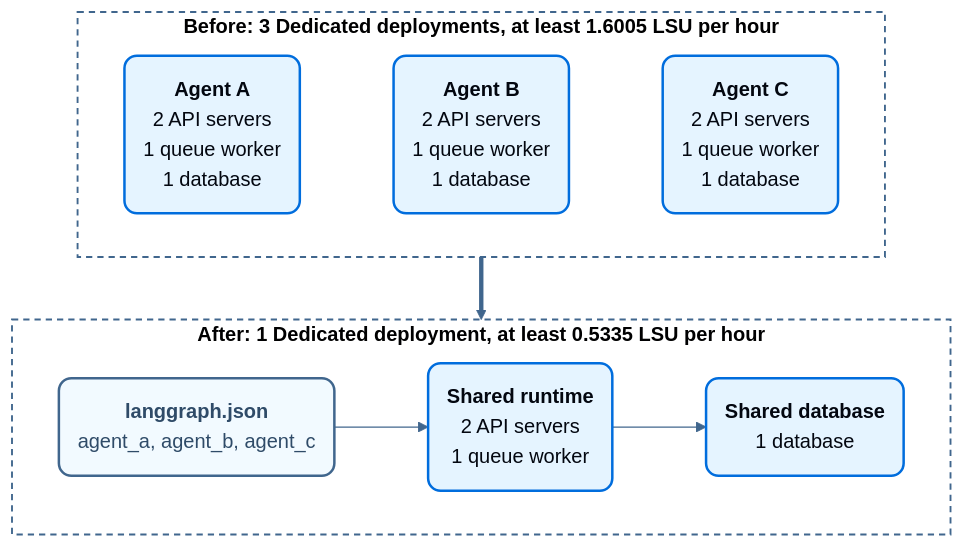
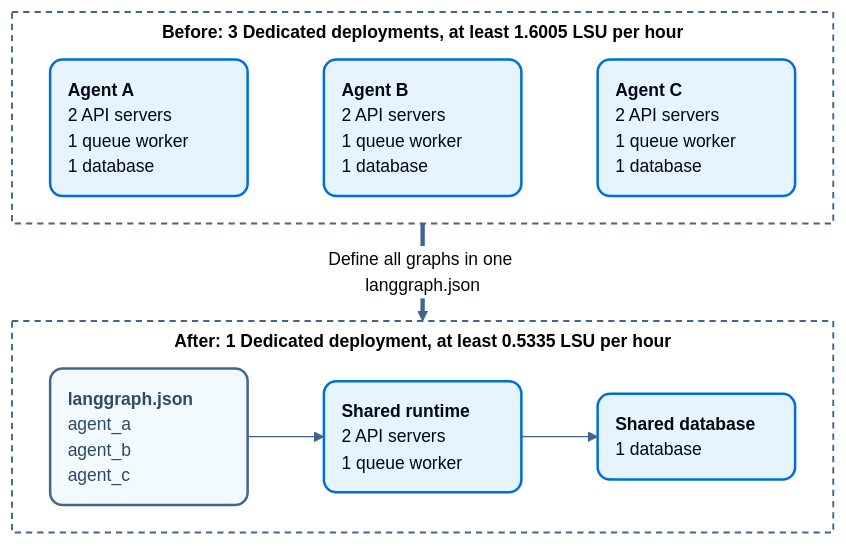
One commit to langchain-ai/docs changed the second of 2 diagrams in src/langsmith/billing.mdx. Above: the diagram before and after it, drawn with Mermaid. The commit also changed other lines of this file, not shown here.

First line of the commit message:
docs(langsmith): fit deployment cost tables and polish diagrams

````diff
--- a/src/langsmith/billing.mdx
+++ b/src/langsmith/billing.mdx
@@ -295,29 +306,29 @@
 ```mermaid actions={false}
-%%{init: {"theme":"base","themeVariables":{"fontFamily":"Inter, system-ui, sans-serif","lineColor":"#40668D","primaryColor":"#E5F4FF","primaryTextColor":"#030710","primaryBorderColor":"#006DDD","clusterBkg":"transparent"}}}%%
+%%{init: {"theme":"base","flowchart":{"htmlLabels":true,"nodeSpacing":24,"rankSpacing":36,"padding":14,"subGraphTitleMargin":{"top":6,"bottom":10}},"themeVariables":{"fontFamily":"Inter, system-ui, sans-serif","fontSize":"14px","lineColor":"#40668D","primaryColor":"#E5F4FF","primaryTextColor":"#030710","primaryBorderColor":"#006DDD","clusterBkg":"transparent","edgeLabelBackground":"#FFFFFF"}}}%%
 flowchart TB
     subgraph separate["<b>Before: 3 Dedicated deployments, at least 1.6005 LSU per hour</b>"]
         direction LR
-        A("<b>Agent A</b><br/>2 API servers<br/>1 queue worker<br/>1 database")
-        B("<b>Agent B</b><br/>2 API servers<br/>1 queue worker<br/>1 database")
-        C("<b>Agent C</b><br/>2 API servers<br/>1 queue worker<br/>1 database")
+        A("<div style='width:130px;text-align:left;line-height:1.45'><b>Agent A</b><br/>2 API servers<br/>1 queue worker<br/>1 database</div>")
+        B("<div style='width:130px;text-align:left;line-height:1.45'><b>Agent B</b><br/>2 API servers<br/>1 queue worker<br/>1 database</div>")
+        C("<div style='width:130px;text-align:left;line-height:1.45'><b>Agent C</b><br/>2 API servers<br/>1 queue worker<br/>1 database</div>")
         A ~~~ B ~~~ C
     end
     subgraph shared["<b>After: 1 Dedicated deployment, at least 0.5335 LSU per hour</b>"]
         direction LR
-        Config("<b>langgraph.json</b><br/>agent_a, agent_b, agent_c")
-        Runtime("<b>Shared runtime</b><br/>2 API servers<br/>1 queue worker")
-        Db("<b>Shared database</b><br/>1 database")
+        Config("<div style='width:130px;text-align:left;line-height:1.45'><b>langgraph.json</b><br/>agent_a<br/>agent_b<br/>agent_c</div>")
+        Runtime("<div style='width:130px;text-align:left;line-height:1.45'><b>Shared runtime</b><br/>2 API servers<br/>1 queue worker</div>")
+        Db("<div style='width:130px;text-align:left;line-height:1.45'><b>Shared database</b><br/>1 database</div>")
         Config --> Runtime --> Db
     end
 
-    separate ==> shared
+    separate == "Define all graphs in one langgraph.json" ==> shared
 
     classDef process fill:#E5F4FF,stroke:#006DDD,stroke-width:2px,color:#030710,rx:10,ry:10
     classDef neutral fill:#F2FAFF,stroke:#40668D,stroke-width:2px,color:#2F4B68,rx:10,ry:10
 
     class A,B,C,Runtime,Db process
     class Config neutral
 
     style separate fill:none,stroke:#40668D,stroke-width:1.5px,stroke-dasharray:5 4
     style shared fill:none,stroke:#40668D,stroke-width:1.5px,stroke-dasharray:5 4
 ```
````
